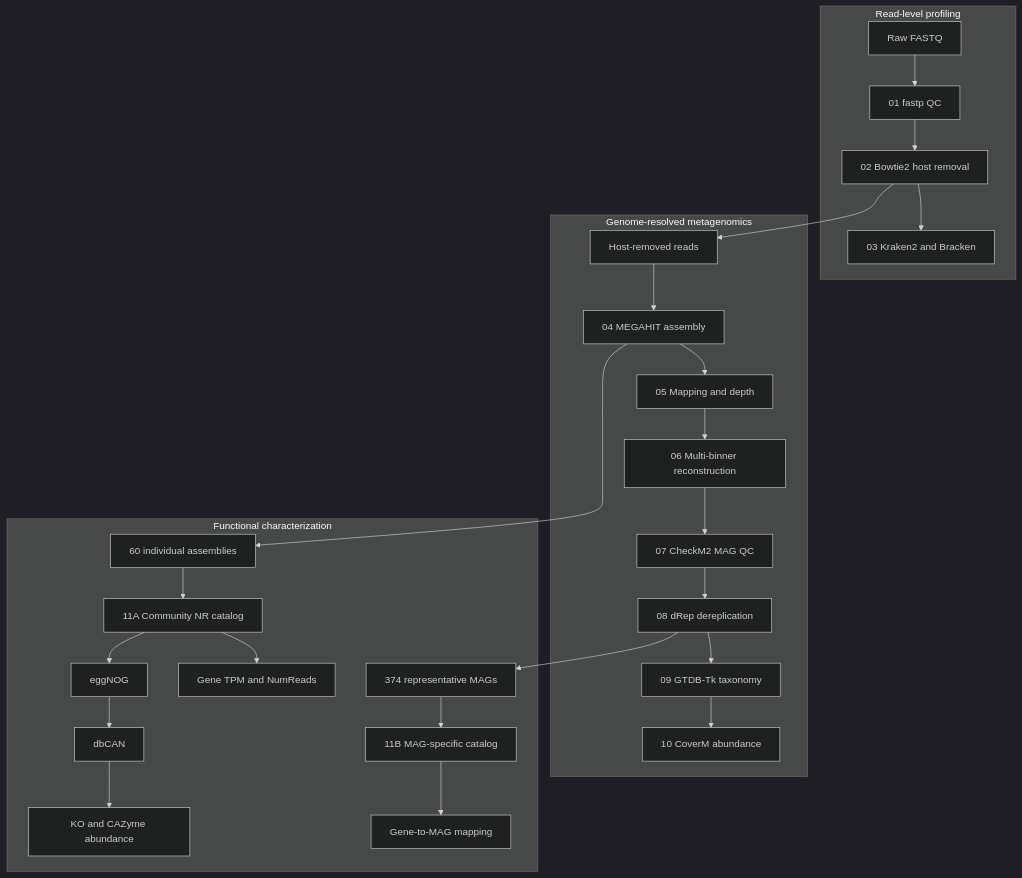
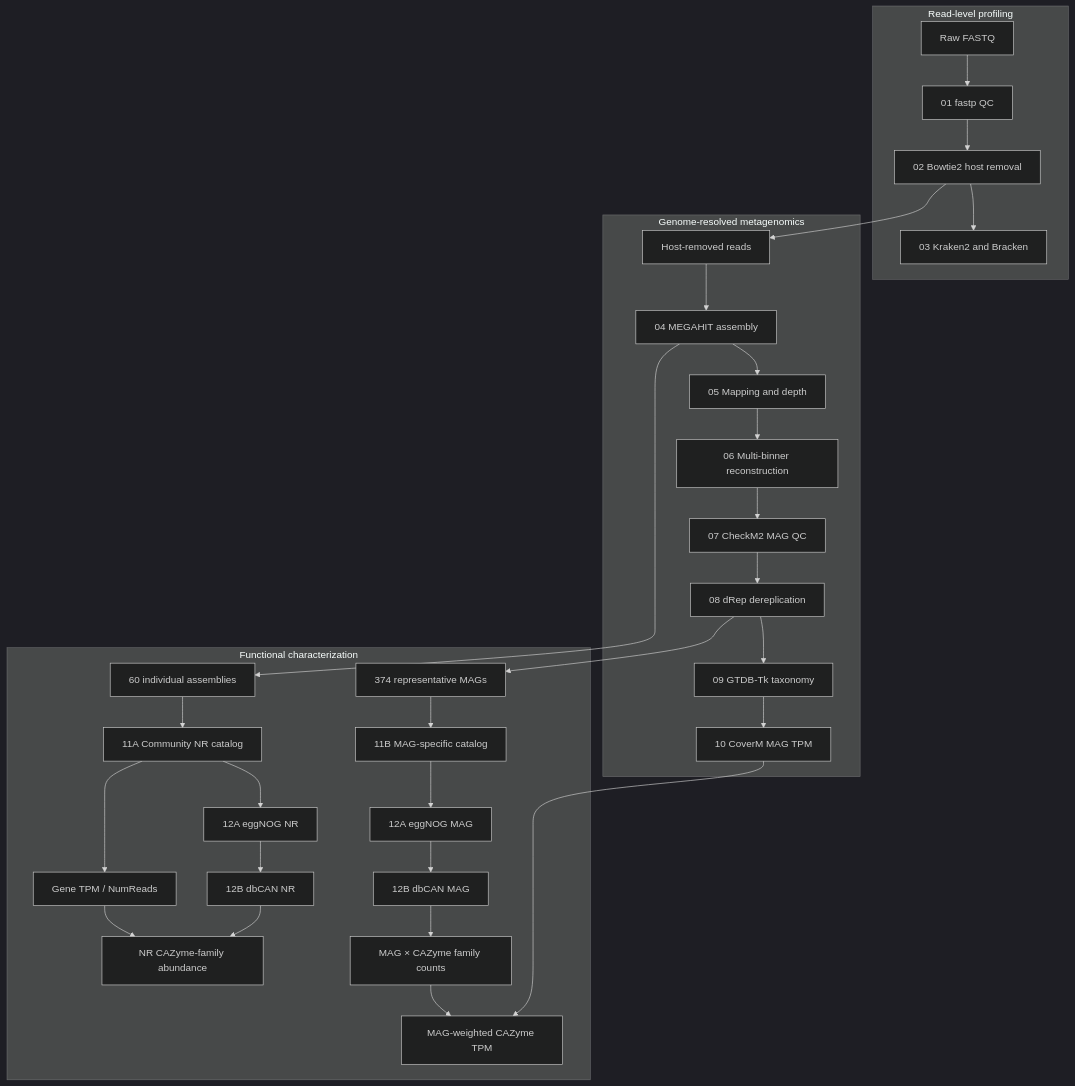
Before and after one commit to JunyongWang/chicken-gut-metagenomics-pipeline: the diagram in docs/workflow.md, drawn with Mermaid (dark theme). The commit also changed other lines of this file and 26 other files, not shown here.

Commit message:
docs: document production stage 12 functional analysis (#5)

````diff
--- a/docs/workflow.md
+++ b/docs/workflow.md
@@ -5,23 +5,29 @@
 ```mermaid
 flowchart TB
-    accTitle: Conceptual metagenomics workflow
-    accDescr: Three connected conceptual paths show read-level profiling, genome-resolved analysis, and functional characterization without implementation details.
+    accTitle: Chicken gut metagenomics workflow through Stage 12
+    accDescr: Read-level profiling and genome-resolved analysis feed two Stage 11 gene catalogs, which are annotated with eggNOG and dbCAN and summarized as community and MAG-weighted CAZyme outputs.
 
     subgraph read_level ["Read-level profiling"]
         raw_fastq["Raw FASTQ"] --> qc["01 fastp QC"] --> host_removal["02 Bowtie2 host removal"] --> taxonomy["03 Kraken2 and Bracken"]
     end
 
     subgraph genome_resolved ["Genome-resolved metagenomics"]
-        host_removed_reads["Host-removed reads"] --> assembly["04 MEGAHIT assembly"] --> mapping_depth["05 Mapping and depth"] --> binning["06 Multi-binner reconstruction"] --> mag_qc["07 CheckM2 MAG QC"] --> dereplication["08 dRep dereplication"] --> mag_taxonomy["09 GTDB-Tk taxonomy"] --> mag_abundance["10 CoverM abundance"]
+        host_removed_reads["Host-removed reads"] --> assembly["04 MEGAHIT assembly"] --> mapping_depth["05 Mapping and depth"] --> binning["06 Multi-binner reconstruction"] --> mag_qc["07 CheckM2 MAG QC"] --> dereplication["08 dRep dereplication"] --> mag_taxonomy["09 GTDB-Tk taxonomy"] --> mag_abundance["10 CoverM MAG TPM"]
     end
 
     subgraph functional ["Functional characterization"]
-        community_assemblies["60 individual assemblies"] --> community_catalog["11A Community NR catalog"] --> community_abundance["Gene TPM and NumReads"]
-        representative_mags["374 representative MAGs"] --> mag_catalog["11B MAG-specific catalog"] --> gene_mag_map["Gene-to-MAG mapping"]
-        community_catalog --> eggnog["eggNOG"] --> dbcan["dbCAN"] --> functional_abundance["KO and CAZyme abundance"]
+        community_assemblies["60 individual assemblies"] --> community_catalog["11A Community NR catalog"]
+        community_catalog --> community_gene_abundance["Gene TPM / NumReads"]
+        community_catalog --> eggnog_nr["12A eggNOG NR"] --> dbcan_nr["12B dbCAN NR"] --> nr_cazyme["NR CAZyme-family abundance"]
+        community_gene_abundance --> nr_cazyme
+
+        representative_mags["374 representative MAGs"] --> mag_catalog["11B MAG-specific catalog"]
+        mag_catalog --> eggnog_mag["12A eggNOG MAG"] --> dbcan_mag["12B dbCAN MAG"] --> mag_cazyme_counts["MAG × CAZyme family counts"]
+        mag_abundance --> weighted_cazyme["MAG-weighted CAZyme TPM"]
+        mag_cazyme_counts --> weighted_cazyme
     end
 
     host_removal --> host_removed_reads
     assembly --> community_assemblies
     dereplication --> representative_mags
 ```
````
